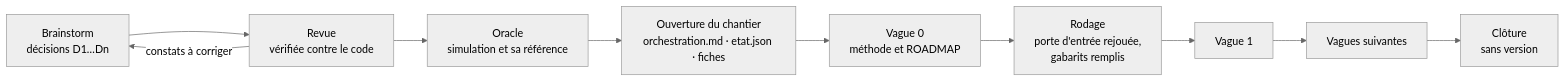
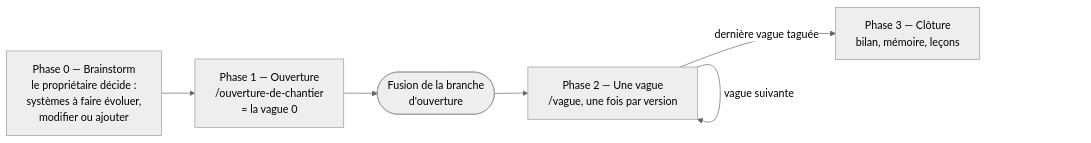
Before and after one commit to Hex-Umbra/hero-s-draft: the first of 4 diagrams in docs/possible_upgrades/05-10-2026_modele_orchestration_par_vagues.md, drawn with Mermaid (neutral theme). The commit also changed other lines of this file and 2 other files, not shown here.

First line of the commit message:
docs(methode): les phases du workflow, le skill d ouverture et la phase 2

````diff
--- a/docs/possible_upgrades/05-10-2026_modele_orchestration_par_vagues.md
+++ b/docs/possible_upgrades/05-10-2026_modele_orchestration_par_vagues.md
@@ -54,12 +56,8 @@
 ```mermaid
 flowchart LR
-  B["Brainstorm<br/>décisions D1…Dn"] --> R["Revue<br/>vérifiée contre le code"]
-  R -- "constats à corriger" --> B
-  R --> O["Oracle<br/>simulation et sa référence"]
-  O --> F["Ouverture du chantier<br/>orchestration.md · etat.json · fiches"]
-  F --> V0["Vague 0<br/>méthode et ROADMAP"]
-  V0 --> RO["Rodage<br/>porte d'entrée rejouée,<br/>gabarits remplis"]
-  RO --> V1["Vague 1"]
-  V1 --> VN["Vagues suivantes"]
-  VN --> C["Clôture<br/>sans version"]
+  P0["Phase 0 — Brainstorm<br/>le propriétaire décide :<br/>systèmes à faire évoluer,<br/>modifier ou ajouter"] --> P1["Phase 1 — Ouverture<br/>/ouverture-de-chantier<br/>= la vague 0"]
+  P1 --> F1(["Fusion de la branche<br/>d'ouverture"])
+  F1 --> P2["Phase 2 — Une vague<br/>/vague, une fois par version"]
+  P2 -- "vague suivante" --> P2
+  P2 -- "dernière vague taguée" --> P3["Phase 3 — Clôture<br/>bilan, mémoire, leçons"]
 ```
````
